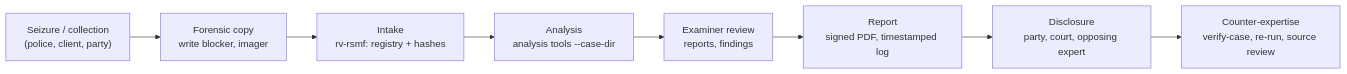
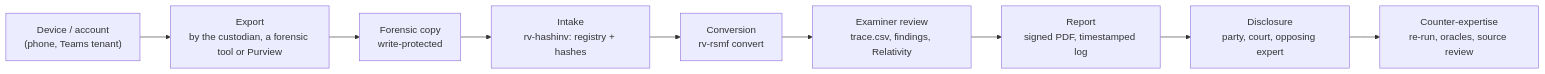
The first of 2 diagrams in docs/admissibility.md (Panacota96/rv-rsmf), drawn with Mermaid before and after one commit. The commit also changed other lines of this file and 12 other files, not shown here.

First line of the commit message:
docs: rewrite README and docs for the RSMF conversion domain

````diff
--- a/docs/admissibility.md
+++ b/docs/admissibility.md
@@ -93,10 +91,11 @@
 ```mermaid
 flowchart LR
-    A["Seizure / collection<br/>(police, client, party)"] --> B["Forensic copy<br/>write blocker, imager"]
-    B --> C["Intake<br/>rv-rsmf: registry + hashes"]
-    C --> D["Analysis<br/>analysis tools --case-dir"]
-    D --> E["Examiner review<br/>reports, findings"]
+    A["Device / account<br/>(phone, Teams tenant)"] --> X["Export<br/>by the custodian, a forensic tool or Purview"]
+    X --> B["Forensic copy<br/>write-protected"]
+    B --> C["Intake<br/>rv-hashinv: registry + hashes"]
+    C --> D["Conversion<br/>rv-rsmf convert"]
+    D --> E["Examiner review<br/>trace.csv, findings, Relativity"]
     E --> F["Report<br/>signed PDF, timestamped log"]
     F --> G["Disclosure<br/>party, court, opposing expert"]
-    G --> H["Counter-expertise<br/>verify-case, re-run, source review"]
+    G --> H["Counter-expertise<br/>re-run, oracles, source review"]
 ```
````
